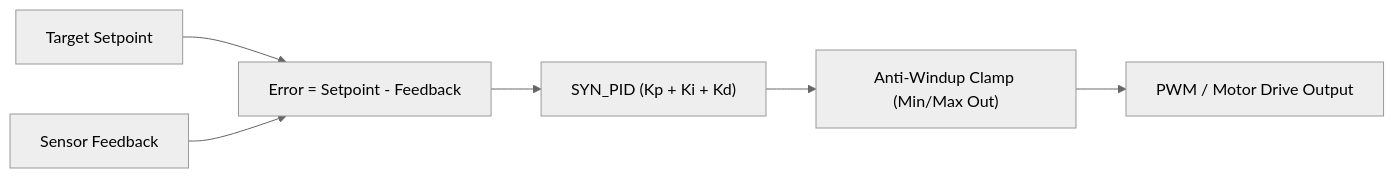
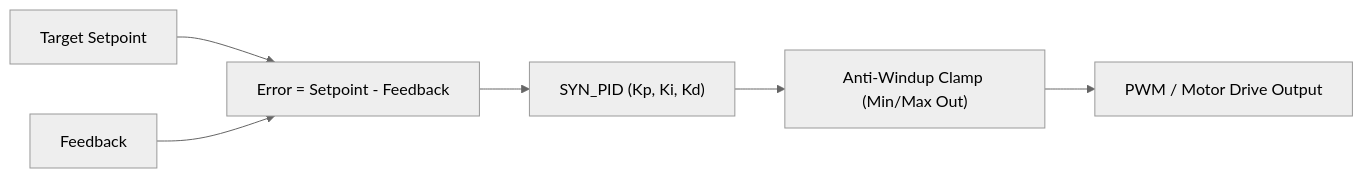
Before and after one commit to chenyurong22/SyntropicOS: the diagram in docs/modules/control.md, drawn with Mermaid (neutral theme). The commit also changed 8 other files, not shown here.

First line of the commit message:
docs(mermaid): fix unquoted parentheses and invalid syntax across all documentation diagrams

````diff
--- a/docs/modules/control.md
+++ b/docs/modules/control.md
@@ -23,8 +23,8 @@
 ```mermaid
 flowchart LR
     Setpoint["Target Setpoint"] --> ErrorCalc["Error = Setpoint - Feedback"]
-    Feedback["Sensor Feedback"] --> ErrorCalc
-    ErrorCalc --> PID["SYN_PID (Kp + Ki + Kd)"]
+    Feedback --> ErrorCalc
+    ErrorCalc --> PID["SYN_PID (Kp, Ki, Kd)"]
     PID --> AntiWindup["Anti-Windup Clamp (Min/Max Out)"]
     AntiWindup --> Actuator["PWM / Motor Drive Output"]
 ```
````
